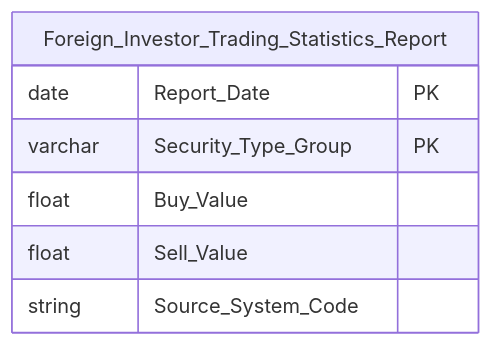
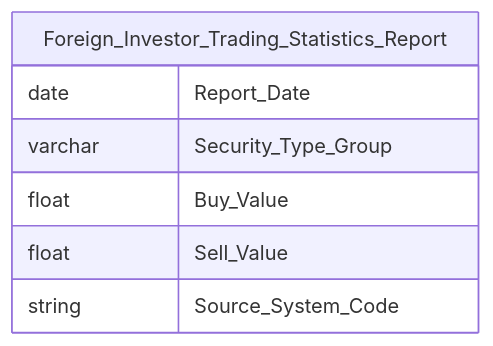
Before and after one commit to linhlvit/ubck_atomic_design: diagram 22 of 26 in Datamart/hld/DTM_NDTNN_HLD.md, drawn with Mermaid. The commit also changed other lines of this file and 12 other files, not shown here.

````diff
--- a/Datamart/hld/DTM_NDTNN_HLD.md
+++ b/Datamart/hld/DTM_NDTNN_HLD.md
@@ -1062,10 +1063,10 @@
 ```mermaid
 erDiagram
     Foreign_Investor_Trading_Statistics_Report {
-        date Report_Date PK
-        varchar Security_Type_Group PK
+        date Report_Date
+        varchar Security_Type_Group
         float Buy_Value
         float Sell_Value
         string Source_System_Code
     }
 ```
````
